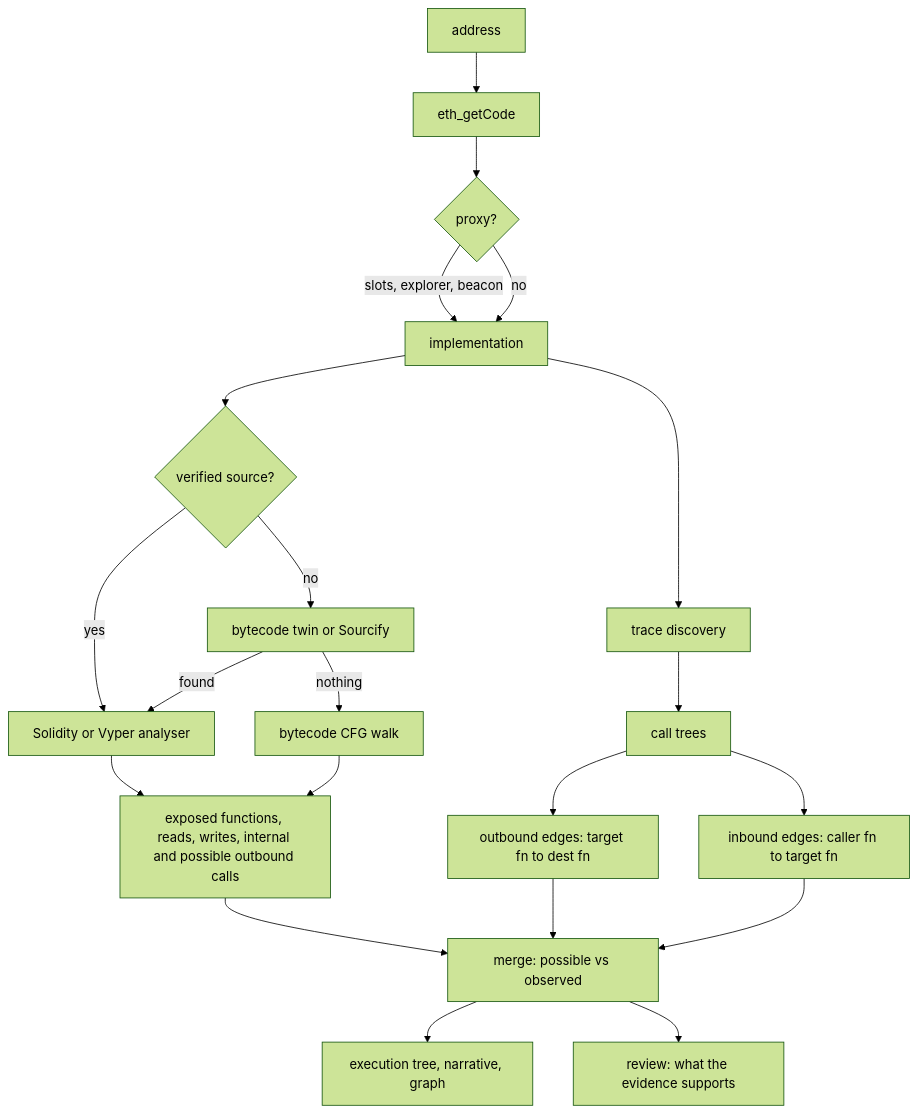
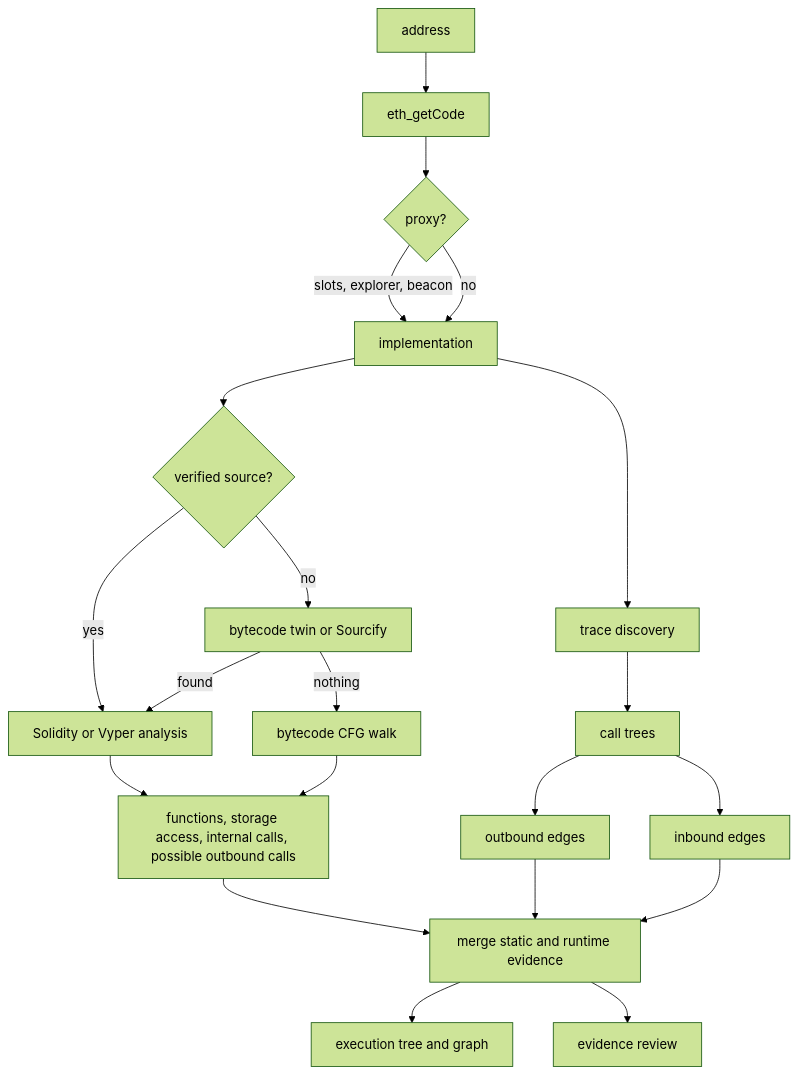
Before and after one commit to linstan1/contract-map: the second of 2 diagrams in README.md, drawn with Mermaid (forest theme). The commit also changed other lines of this file, not shown here.

````diff
--- a/README.md
+++ b/README.md
@@ -261,23 +201,23 @@
 ```mermaid
 flowchart TD
     A[address] --> B[eth_getCode]
     B --> C{proxy?}
     C -->|slots, explorer, beacon| D[implementation]
     C -->|no| D
     D --> E{verified source?}
-    E -->|yes| F[Solidity or Vyper analyser]
+    E -->|yes| F[Solidity or Vyper analysis]
     E -->|no| G[bytecode twin or Sourcify]
     G -->|found| F
     G -->|nothing| H[bytecode CFG walk]
-    F --> I[exposed functions, reads, writes, internal and possible outbound calls]
+    F --> I[functions, storage access, internal calls, possible outbound calls]
     H --> I
     D --> J[trace discovery]
     J --> K[call trees]
-    K --> L[outbound edges: target fn to dest fn]
-    K --> M[inbound edges: caller fn to target fn]
-    I --> N[merge: possible vs observed]
+    K --> L[outbound edges]
+    K --> M[inbound edges]
+    I --> N[merge static and runtime evidence]
     L --> N
     M --> N
-    N --> O[execution tree, narrative, graph]
-    N --> P[review: what the evidence supports]
+    N --> O[execution tree and graph]
+    N --> P[evidence review]
 ```
````
